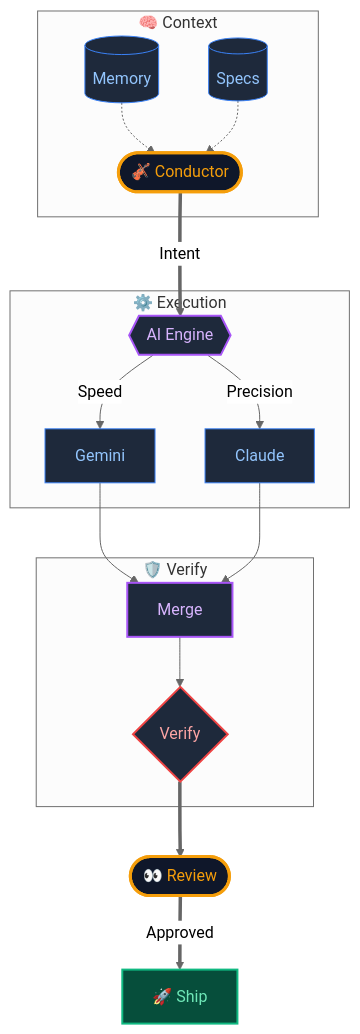
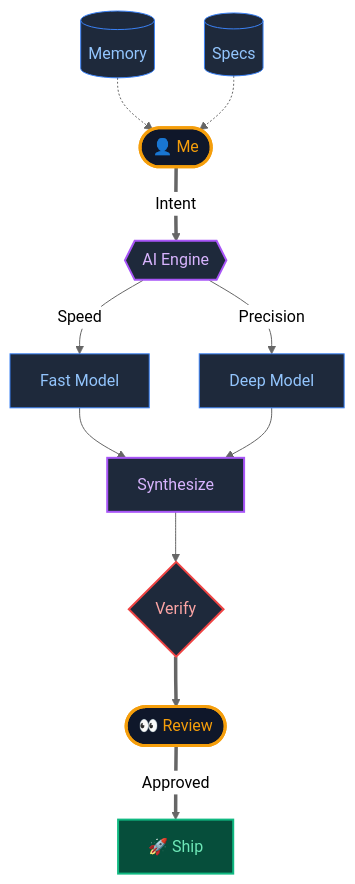
The diagram in README.md (shifujosh/shifujosh), drawn with Mermaid (neutral theme) before and after one commit. The commit also changed other lines of this file and 1 other file, not shown here.

Commit message:
feat: Update portfolio assets (AI-Native Architect Revamp)

````diff
--- a/README.md
+++ b/README.md
@@ -23,29 +23,23 @@
 ```mermaid
 graph TD
-    classDef conductor fill:#0f172a,stroke:#f59e0b,stroke-width:3px,color:#f59e0b;
+    classDef human fill:#0f172a,stroke:#f59e0b,stroke-width:3px,color:#f59e0b;
     classDef ai fill:#1e293b,stroke:#a855f7,stroke-width:2px,color:#d8b4fe;
     classDef work fill:#1e293b,stroke:#3b82f6,stroke-width:1px,color:#93c5fd;
-    classDef check fill:#1e293b,stroke:#ef4444,stroke-width:2px,color:#fca5a5;
+    classDef verify fill:#1e293b,stroke:#ef4444,stroke-width:2px,color:#fca5a5;
     classDef ship fill:#064e3b,stroke:#10b981,stroke-width:2px,color:#6ee7b7;
 
-    subgraph Context ["🧠 Context"]
-        Memory[(Memory)]:::work -.-> You
-        Specs[(Specs)]:::work -.-> You
-        You(["🎻 Conductor"]):::conductor
-    end
+    You(["👤 Me"]):::human
+    Memory[(Memory)]:::work -.-> You
+    Specs[(Specs)]:::work -.-> You
 
-    You ==>|Intent| AI{{"AI Engine"}}:::ai
+    You ==>|Intent| Engine{{"AI Engine"}}:::ai
 
-    subgraph Execution ["⚙️ Execution"]
-        AI -->|Speed| Gemini["Gemini"]:::work
-        AI -->|Precision| Claude["Claude"]:::work
-    end
+    Engine -->|Speed| Fast["Fast Model"]:::work
+    Engine -->|Precision| Deep["Deep Model"]:::work
 
-    subgraph Quality ["🛡️ Verify"]
-        Gemini & Claude --> Merge["Merge"]:::ai
-        Merge --> Check{"Verify"}:::check
-    end
+    Fast & Deep --> Merge["Synthesize"]:::ai
+    Merge --> Verify{"Verify"}:::verify
 
-    Check ==> Review(["👀 Review"]):::conductor
+    Verify ==> Review(["👀 Review"]):::human
     Review ==>|Approved| Ship["🚀 Ship"]:::ship
 ```
````
